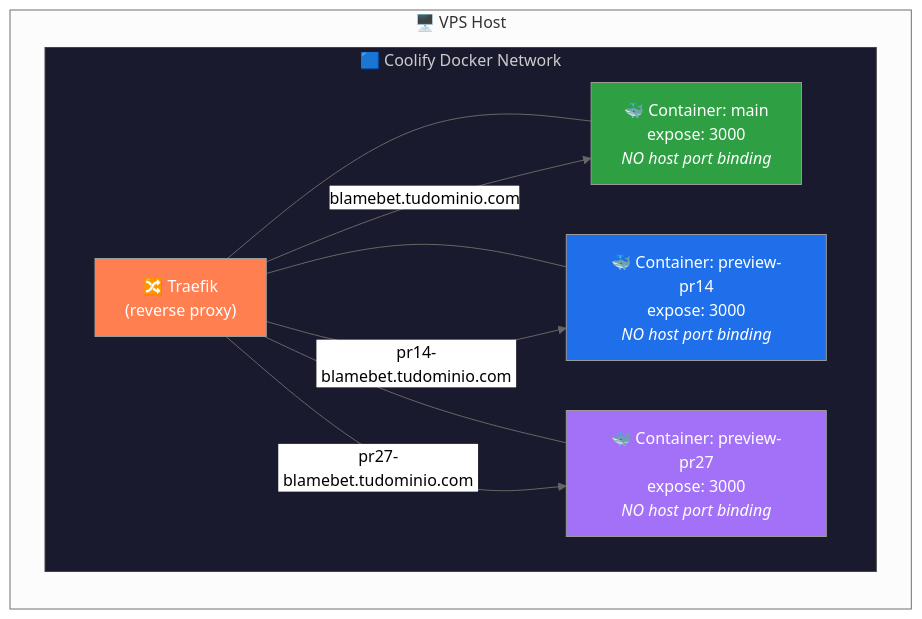
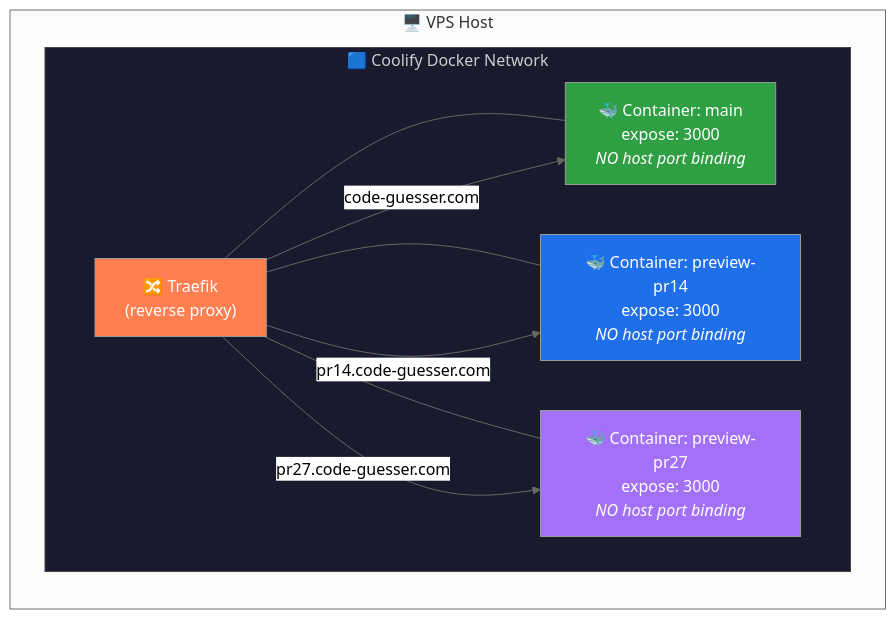
One commit to leandroFernandez94/git-blame-bet changed the second of 5 diagrams in docs/architecture/coolify-docker-deployment.md. Above: the diagram before and after it, drawn with Mermaid (neutral theme). The commit also changed other lines of this file, not shown here.

Commit message:
docs: update architecture docs for code-guesser.com domain and clarify TLS settings

````diff
--- a/docs/architecture/coolify-docker-deployment.md
+++ b/docs/architecture/coolify-docker-deployment.md
@@ -49,26 +78,26 @@
 ```mermaid
 flowchart LR
     subgraph HOST["🖥️ VPS Host"]
         direction TB
         subgraph NET["🟦 Coolify Docker Network"]
             TRAEFIK["🔀 Traefik<br/>(reverse proxy)"]
             C1["🐳 Container: main<br/>expose: 3000<br/><i>NO host port binding</i>"]
             C2["🐳 Container: preview-pr14<br/>expose: 3000<br/><i>NO host port binding</i>"]
             C3["🐳 Container: preview-pr27<br/>expose: 3000<br/><i>NO host port binding</i>"]
         end
     end
 
     TRAEFIK --- C1
     TRAEFIK --- C2
     TRAEFIK --- C3
 
-    TRAEFIK -->|"blamebet.tudominio.com"| C1
-    TRAEFIK -->|"pr14-blamebet.tudominio.com"| C2
-    TRAEFIK -->|"pr27-blamebet.tudominio.com"| C3
+    TRAEFIK -->|"code-guesser.com"| C1
+    TRAEFIK -->|"pr14.code-guesser.com"| C2
+    TRAEFIK -->|"pr27.code-guesser.com"| C3
 
     style NET fill:#1a1a2e,color:#ccc,stroke:#444
     style C1 fill:#2ea043,color:#fff
     style C2 fill:#1f6feb,color:#fff
     style C3 fill:#a371f7,color:#fff
     style TRAEFIK fill:#ff7f50,color:#fff
 ```
````
